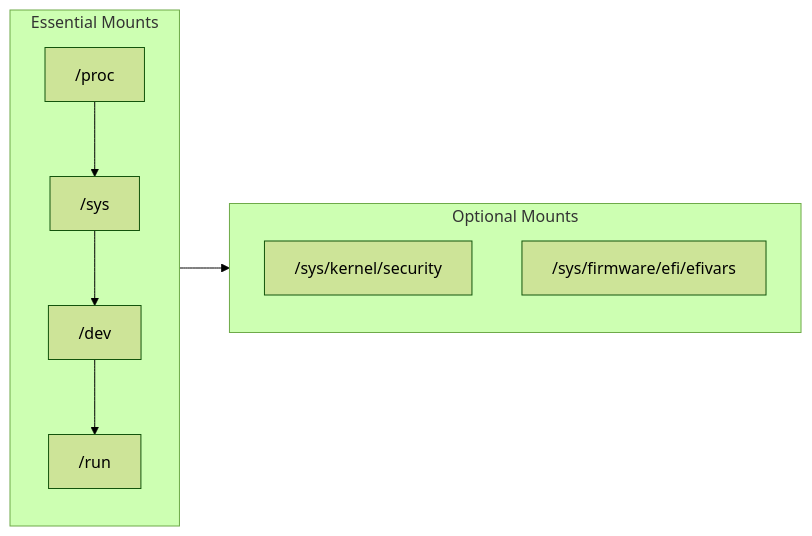
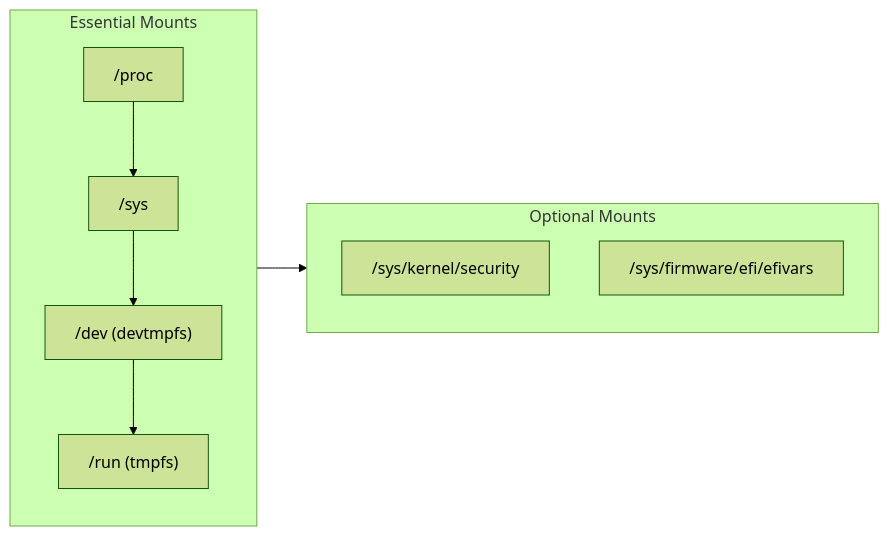
Before and after one commit to zaolin/vanguard: the second of 11 diagrams in docs/boot-flow.md, drawn with Mermaid (forest theme). The commit also changed other lines of this file and 3 other files, not shown here.

````diff
--- a/docs/boot-flow.md
+++ b/docs/boot-flow.md
@@ -61,15 +60,15 @@
 ```mermaid
 flowchart LR
     subgraph mounts["Essential Mounts"]
         A["/proc"] --> B["/sys"]
-        B --> C["/dev"]
-        C --> D["/run"]
+        B --> C["/dev (devtmpfs)"]
+        C --> D["/run (tmpfs)"]
     end
     
     subgraph optional["Optional Mounts"]
         E["/sys/kernel/security"]
         F["/sys/firmware/efi/efivars"]
     end
     
     mounts --> optional
 ```
````
